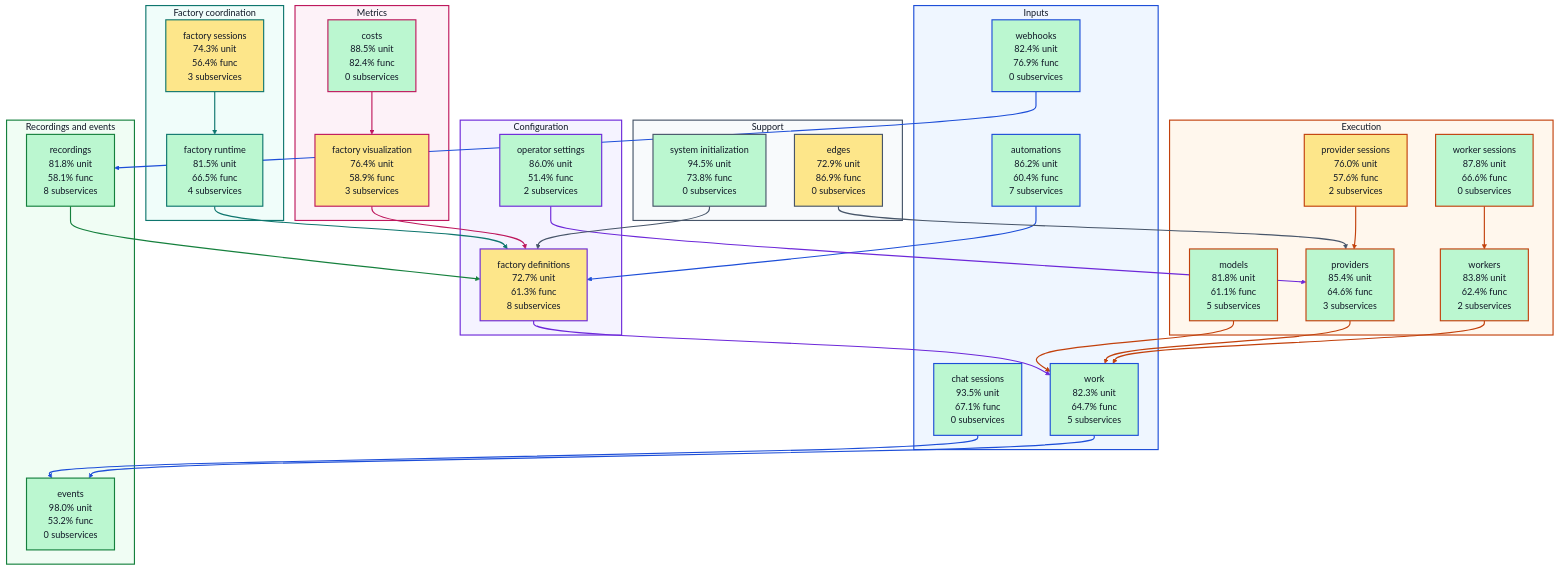
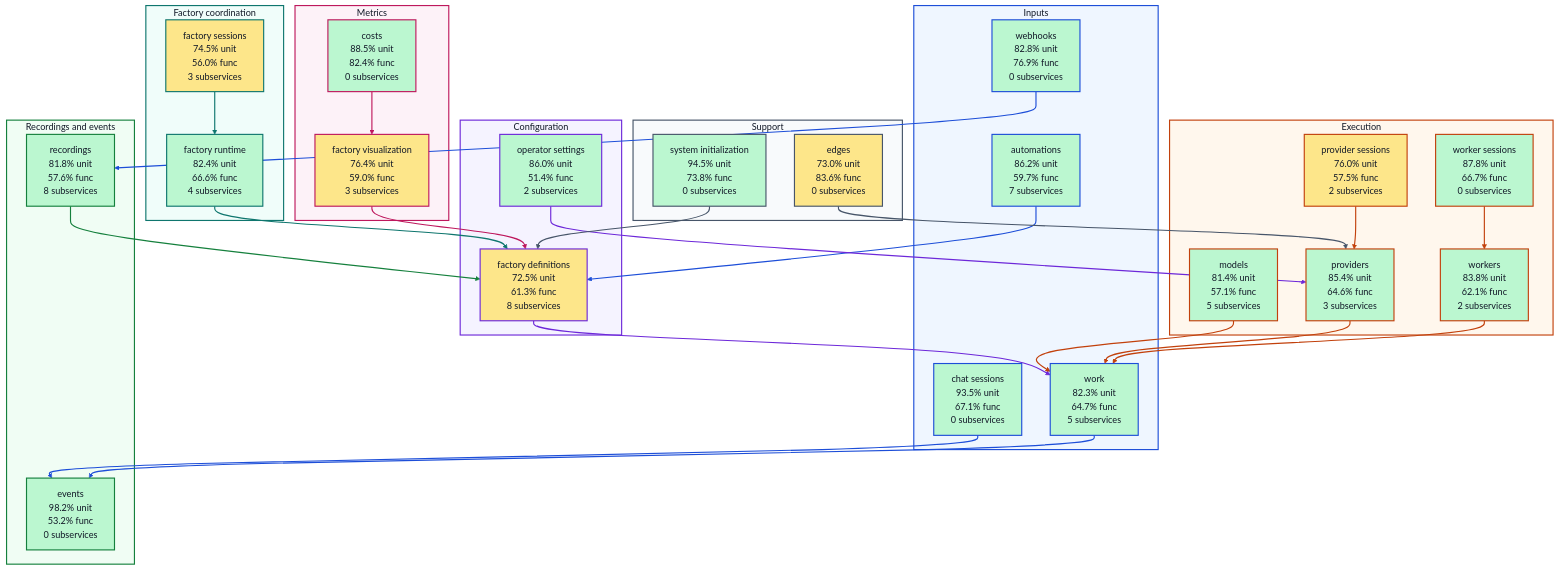
Before and after one commit to portpowered/you-agent-factory: the diagram in docs/architecture/visualizations/high-level-test-coverage.md, drawn with Mermaid. The commit also changed other lines of this file and 20 other files, not shown here.

Commit message:
docs: refresh backend architecture visualizations

````diff
--- a/docs/architecture/visualizations/high-level-test-coverage.md
+++ b/docs/architecture/visualizations/high-level-test-coverage.md
@@ -11,36 +11,36 @@
 ```mermaid
 flowchart TB
   subgraph input["Inputs"]
-    s_services_automations["automations<br/>86.2% unit<br/>60.4% func<br/>7 subservices"]
+    s_services_automations["automations<br/>86.2% unit<br/>59.7% func<br/>7 subservices"]
     s_services_chat_sessions["chat sessions<br/>93.5% unit<br/>67.1% func<br/>0 subservices"]
-    s_services_webhooks["webhooks<br/>82.4% unit<br/>76.9% func<br/>0 subservices"]
+    s_services_webhooks["webhooks<br/>82.8% unit<br/>76.9% func<br/>0 subservices"]
     s_services_work["work<br/>82.3% unit<br/>64.7% func<br/>5 subservices"]
   end
   subgraph configuration["Configuration"]
-    s_services_factory_definitions["factory definitions<br/>72.7% unit<br/>61.3% func<br/>8 subservices"]
+    s_services_factory_definitions["factory definitions<br/>72.5% unit<br/>61.3% func<br/>8 subservices"]
     s_services_operator_settings["operator settings<br/>86.0% unit<br/>51.4% func<br/>2 subservices"]
   end
   subgraph coordination["Factory coordination"]
-    s_services_factory_runtime["factory runtime<br/>81.5% unit<br/>66.5% func<br/>4 subservices"]
-    s_services_factory_sessions["factory sessions<br/>74.3% unit<br/>56.4% func<br/>3 subservices"]
+    s_services_factory_runtime["factory runtime<br/>82.4% unit<br/>66.6% func<br/>4 subservices"]
+    s_services_factory_sessions["factory sessions<br/>74.5% unit<br/>56.0% func<br/>3 subservices"]
   end
   subgraph execution["Execution"]
-    s_services_models["models<br/>81.8% unit<br/>61.1% func<br/>5 subservices"]
-    s_services_provider_sessions["provider sessions<br/>76.0% unit<br/>57.6% func<br/>2 subservices"]
+    s_services_models["models<br/>81.4% unit<br/>57.1% func<br/>5 subservices"]
+    s_services_provider_sessions["provider sessions<br/>76.0% unit<br/>57.5% func<br/>2 subservices"]
     s_services_providers["providers<br/>85.4% unit<br/>64.6% func<br/>3 subservices"]
-    s_services_worker_sessions["worker sessions<br/>87.8% unit<br/>66.6% func<br/>0 subservices"]
-    s_services_workers["workers<br/>83.8% unit<br/>62.4% func<br/>2 subservices"]
+    s_services_worker_sessions["worker sessions<br/>87.8% unit<br/>66.7% func<br/>0 subservices"]
+    s_services_workers["workers<br/>83.8% unit<br/>62.1% func<br/>2 subservices"]
   end
   subgraph recordings["Recordings and events"]
-    s_services_events["events<br/>98.0% unit<br/>53.2% func<br/>0 subservices"]
-    s_services_recordings["recordings<br/>81.8% unit<br/>58.1% func<br/>8 subservices"]
+    s_services_events["events<br/>98.2% unit<br/>53.2% func<br/>0 subservices"]
+    s_services_recordings["recordings<br/>81.8% unit<br/>57.6% func<br/>8 subservices"]
   end
   subgraph metrics["Metrics"]
     s_services_costs["costs<br/>88.5% unit<br/>82.4% func<br/>0 subservices"]
-    s_services_factory_visualization["factory visualization<br/>76.4% unit<br/>58.9% func<br/>3 subservices"]
+    s_services_factory_visualization["factory visualization<br/>76.4% unit<br/>59.0% func<br/>3 subservices"]
   end
   subgraph support["Support"]
-    s_services_edges["edges<br/>72.9% unit<br/>86.9% func<br/>0 subservices"]
+    s_services_edges["edges<br/>73.0% unit<br/>83.6% func<br/>0 subservices"]
     s_services_system_initialization["system initialization<br/>94.5% unit<br/>73.8% func<br/>0 subservices"]
   end
   s_services_automations --> s_services_factory_definitions
````
